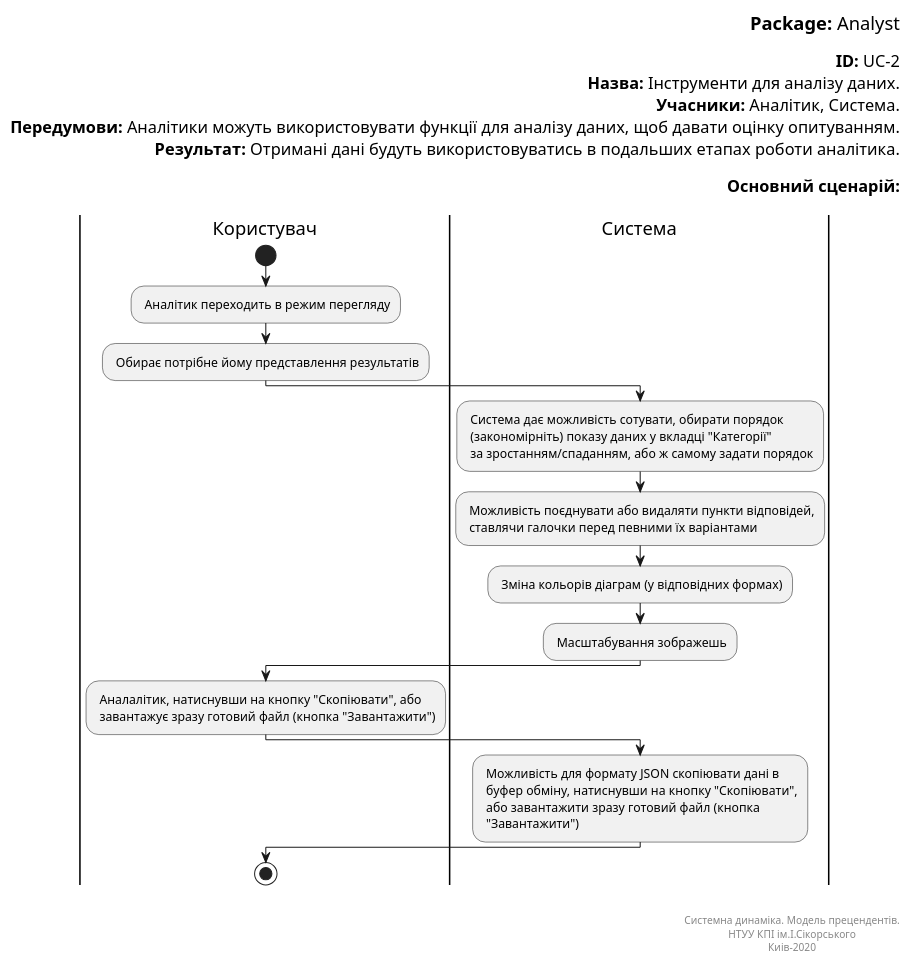
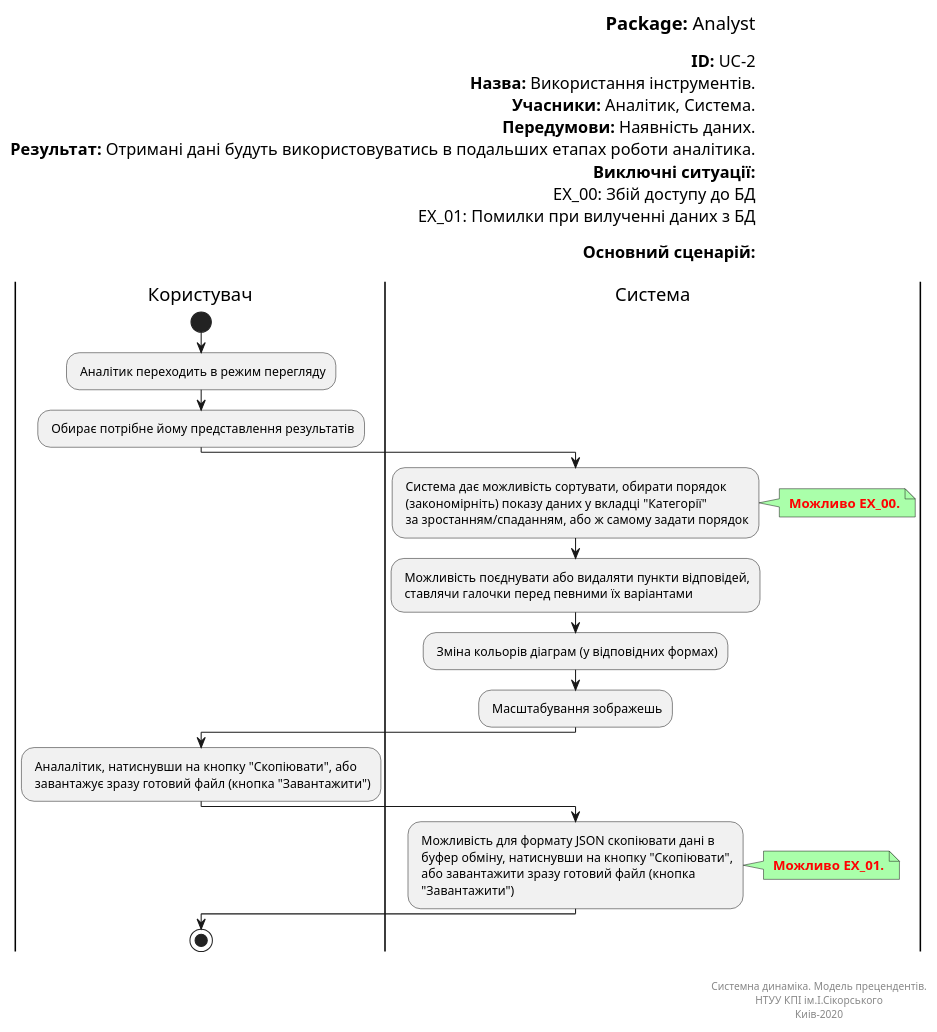
One commit to ip-85/System-Dynamics changed the diagram in Doc/UMLDiagrams/scenarios/analyst/Diagrams/UML/UC2.pu. Above: the diagram before and after it, drawn with PlantUML. The commit also changed 10 other files, not shown here.

```diff
--- a/Doc/UMLDiagrams/scenarios/analyst/Diagrams/UML/UC2.pu
+++ b/Doc/UMLDiagrams/scenarios/analyst/Diagrams/UML/UC2.pu
@@ -1,54 +1,67 @@
  @startuml Analysis Tools
 left header
 <font color=000 size=18><b>Package:</b> Analyst
 
 <font color=000 size=16><b>ID:</b> UC-2
-<font color=000 size=16><b>Назва:</b> Інструменти для аналізу даних.
+<font color=000 size=16><b>Назва:</b> Використання інструментів.
 <font color=000 size=16><b>Учасники:</b> Аналітик, Система.
-<font color=000 size=16><b>Передумови:</b> Аналітики можуть використовувати функції для аналізу даних, щоб давати оцінку опитуванням.
+<font color=000 size=16><b>Передумови:</b> Наявність даних.
 <font color=000 size=16><b>Результат:</b> Отримані дані будуть використовуватись в подальших етапах роботи аналітика.
+<font color=000 size=16><b>Виключні ситуації:</b>
+<font color=000 size=16> EX_00: Збій доступу до БД
+<font color=000 size=16> EX_01: Помилки при вилученні даних з БД
 
 <font color=000 size=16><b>Основний сценарій:</b>
 
 end header
 
 |Користувач|
 start
 : Аналітик переходить в режим перегляду;
 
 : Обирає потрібне йому представлення результатів;
 
 |Система|
-: Система дає можливість сотувати, обирати порядок
+: Система дає можливість сортувати, обирати порядок
   (закономірніть) показу даних у вкладці "Категорії"
   за зростанням/спаданням, або ж самому задати порядок;
+
+note right #aaffaa
+<font color=red><b> Можливо EX_00.
+end note
+
 
 : Можливість поєднувати або видаляти пункти відповідей,
   ставлячи галочки перед певними їх варіантами;
 
 : Зміна кольорів діаграм (у відповідних формах);
 
 : Масштабування зображешь;
 
 |Користувач|
 : Аналалітик, натиснувши на кнопку "Скопіювати", або
   завантажує зразу готовий файл (кнопка "Завантажити");
 
 |Система|
 : Можливість для формату JSON скопіювати дані в
   буфер обміну, натиснувши на кнопку "Скопіювати",
   або завантажити зразу готовий файл (кнопка
   "Завантажити");
 
+note right #aaffaa
+<font color=red><b> Можливо EX_01.
+end note
+
+
 |Користувач|
 stop;
 
 right footer
 
 
 Системна динаміка. Модель прецендентів.
 НТУУ КПІ ім.І.Сікорського
 Киів-2020
 end footer
 
 @enduml
```
